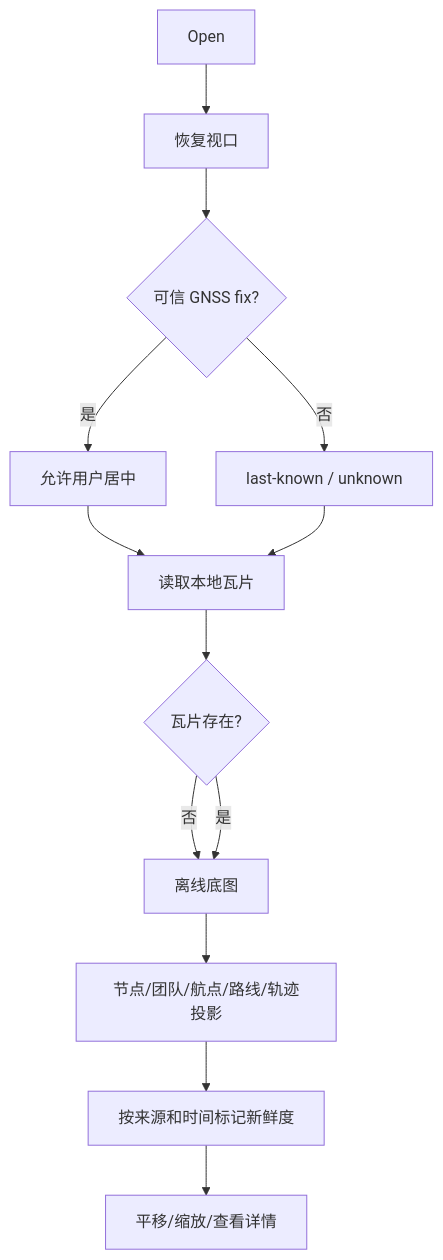
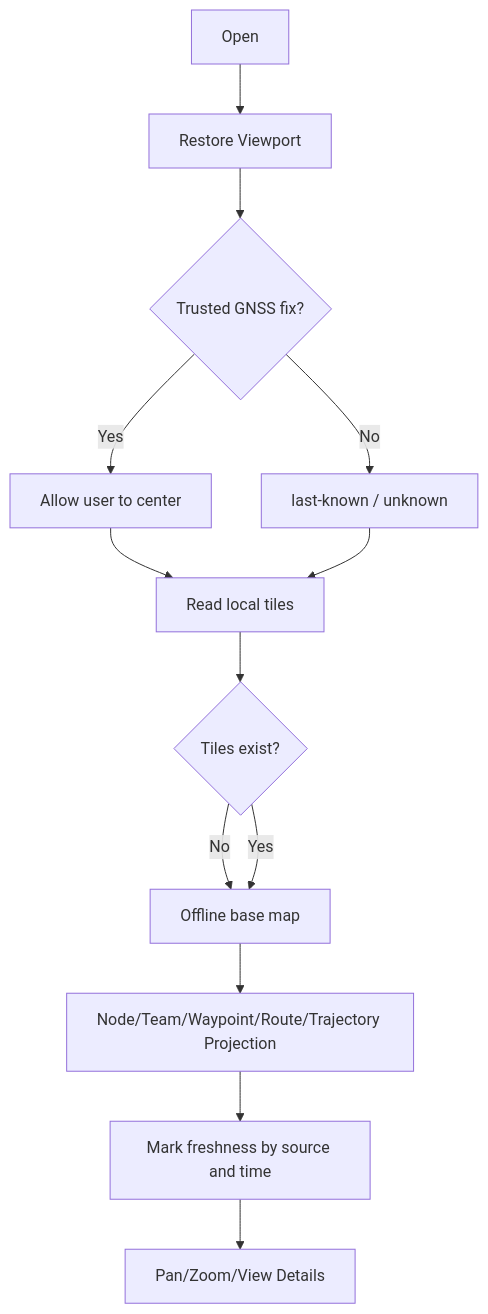
Before and after one commit to manmuqingshan/trail-mate: the diagram in docs/design/use-case-diagrams/view-map-navigate/activity.md, drawn with Mermaid. The commit also changed other lines of this file and 527 other files, not shown here.

````diff
--- a/docs/design/use-case-diagrams/view-map-navigate/activity.md
+++ b/docs/design/use-case-diagrams/view-map-navigate/activity.md
@@ -2,15 +2,15 @@
 ```mermaid
 flowchart TD
-  Open --> Viewport["恢复视口"]
-  Viewport --> Fix{"可信 GNSS fix?"}
-  Fix -- 是 --> Offer["允许用户居中"]
-  Fix -- 否 --> Last["last-known / unknown"]
+ Open --> Viewport["Restore Viewport"]
+ Viewport --> Fix{"Trusted GNSS fix?"}
+ Fix -- Yes --> Offer["Allow user to center"]
+ Fix -- No --> Last["last-known / unknown"]
   Offer --> Tiles
-  Last --> Tiles["读取本地瓦片"]
-  Tiles --> TileState{"瓦片存在?"}
-  TileState -- 否 --> Base["坐标背景 + 缺瓦片状态"]
-  TileState -- 是 --> Base["离线底图"]
-  Base --> Overlay["节点/团队/航点/路线/轨迹投影"]
-  Overlay --> Fresh["按来源和时间标记新鲜度"]
-  Fresh --> Interact["平移/缩放/查看详情"]
+ Last --> Tiles["Read local tiles"]
+ Tiles --> TileState{"Tiles exist?"}
+ TileState -- No --> Base["Coordinate background + missing tile status"]
+ TileState -- Yes --> Base["Offline base map"]
+ Base --> Overlay["Node/Team/Waypoint/Route/Trajectory Projection"]
+ Overlay --> Fresh["Mark freshness by source and time"]
+ Fresh --> Interact["Pan/Zoom/View Details"]
 ```
````
